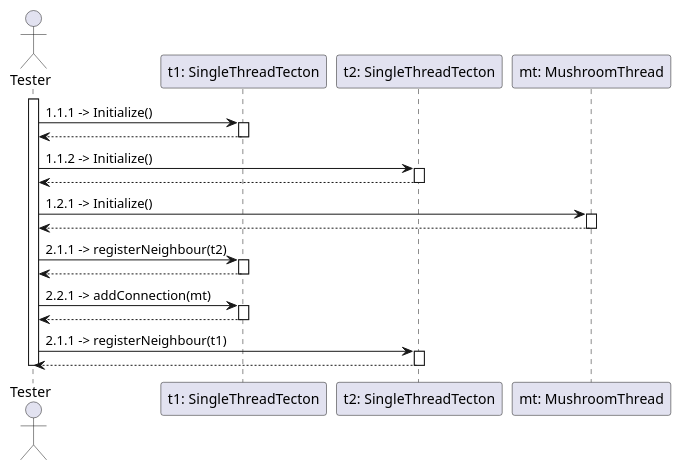
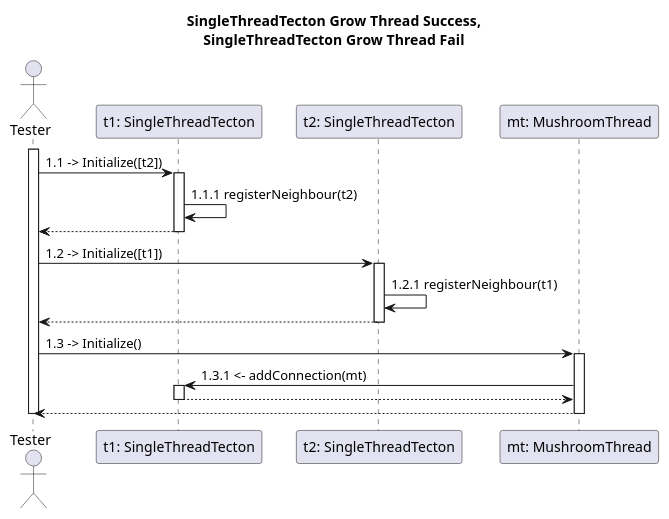
The diagram in diagrams/communication/tecton4.puml (dzsem/projlab), drawn with PlantUML before and after one commit.

```diff
--- a/diagrams/communication/tecton4.puml
+++ b/diagrams/communication/tecton4.puml
@@ -5,47 +5,47 @@
 @startuml communicationTecton4
+
+title SingleThreadTecton Grow Thread Success,\nSingleThreadTecton Grow Thread Fail
 
 actor "Tester" as ts
 participant "t1: SingleThreadTecton" as t1
 participant "t2: SingleThreadTecton" as t2
 participant "mt: MushroomThread" as mt
 
 activate ts
 
-' inicializálás
-ts -> t1: 1.1.1 -> Initialize()
+' ------------------------------------------
+' t1: szomszédos t2-vel
+ts -> t1: 1.1 -> Initialize([t2])
 activate t1
+
+t1 -> t1: 1.1.1 registerNeighbour(t2)
+
 ts <-- t1
 deactivate t1
 
-ts -> t2: 1.1.2 -> Initialize()
+' ------------------------------------------
+' t2: szomszédos t1-el
+ts -> t2: 1.2 -> Initialize([t1])
 activate t2
+
+t2 -> t2: 1.2.1 registerNeighbour(t1)
+
 ts <-- t2
 deactivate t2
 
-ts -> mt: 1.2.1 -> Initialize()
+' ------------------------------------------
+' thread: t1-en nő
+ts -> mt: 1.3 -> Initialize()
 activate mt
+
+mt -> t1: 1.3.1 <- addConnection(mt)
+activate t1
+mt <-- t1
+deactivate t1
+
 ts <-- mt
 deactivate mt
-
-' t1 setup
-' t1-n van mt; t1 és t2 szomszédosak
-ts -> t1: 2.1.1 -> registerNeighbour(t2)
-activate t1
-ts <-- t1
-deactivate t1
-
-ts -> t1: 2.2.1 -> addConnection(mt)
-activate t1
-ts <-- t1
-deactivate t1
-
-' t2 setup
-' t1-n van mt; t1 és t2 szomszédosak
-ts -> t2: 2.1.1 -> registerNeighbour(t1)
-activate t2
-ts <-- t2
-deactivate t2
 
 deactivate ts
 
 @enduml
```
